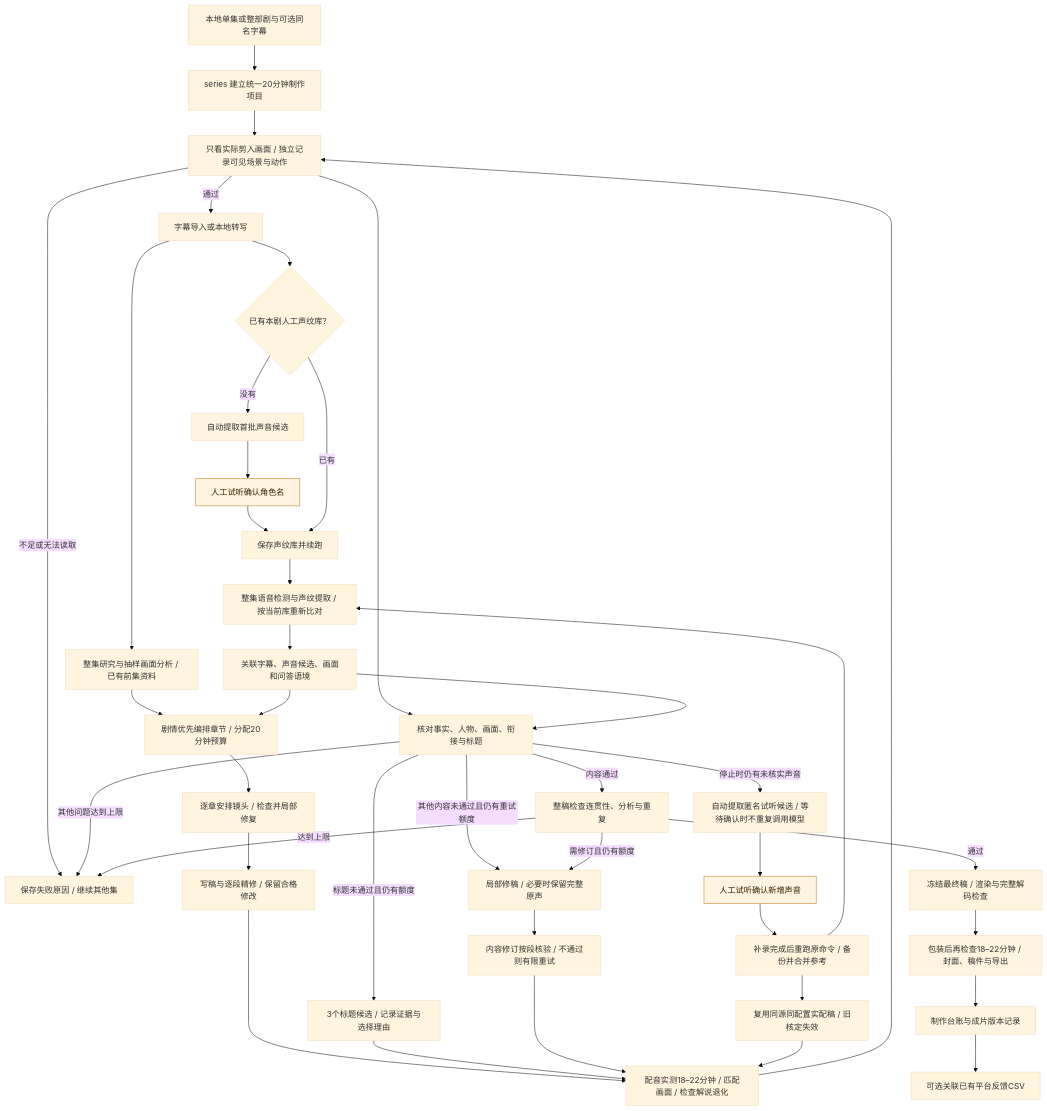
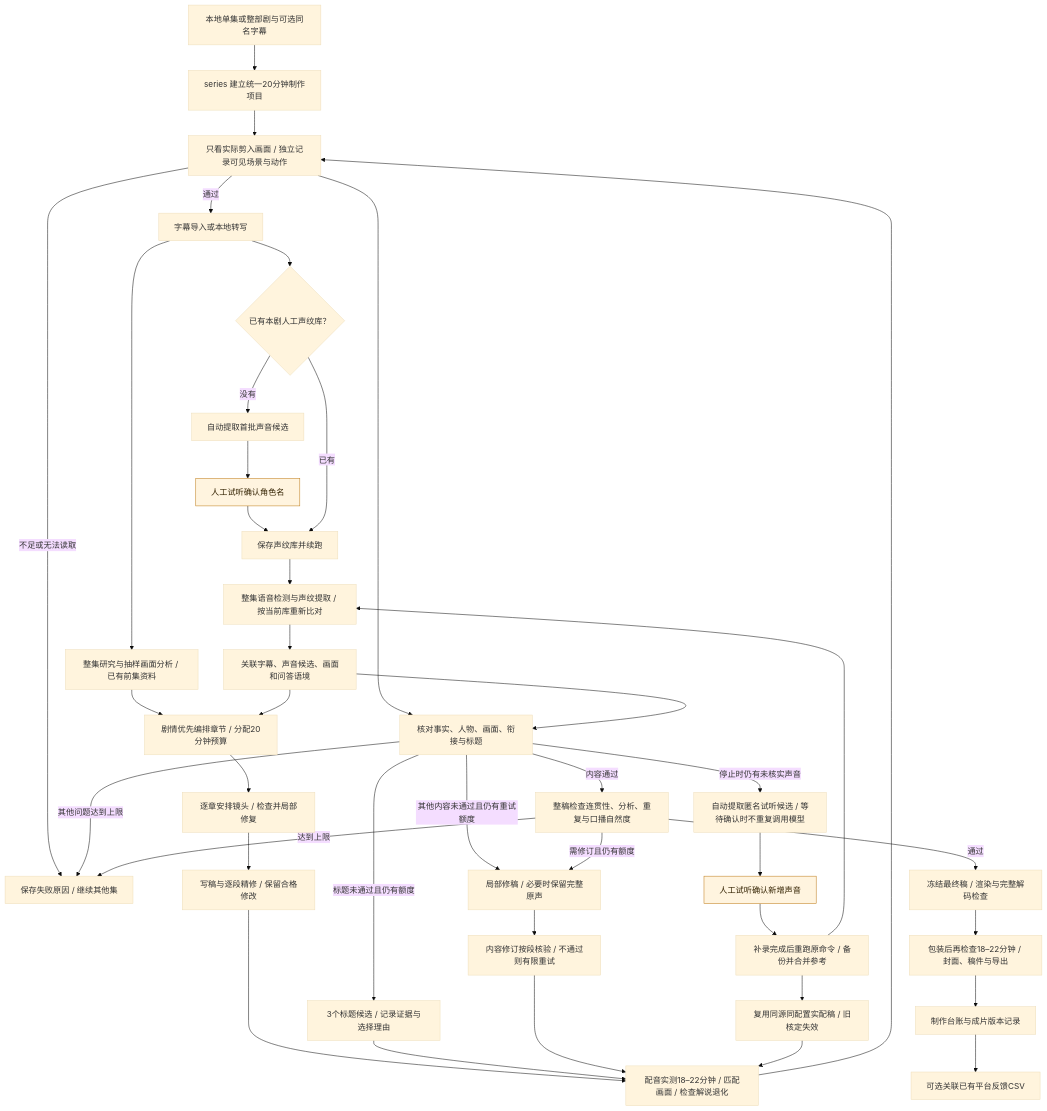
One commit to redrain-wang/autoclip1 changed the first of 2 diagrams in README.md. Above: the diagram before and after it, drawn with Mermaid (base theme). The commit also changed other lines of this file and 7 other files, not shown here.

````diff
--- a/README.md
+++ b/README.md
@@ -59,44 +61,44 @@
 ```mermaid
 flowchart TD
     A[本地单集或整部剧与可选同名字幕] --> B[series 建立统一20分钟制作项目]
     B --> V{素材至少18分钟？}
     V -->|不足或无法读取| Q[保存失败原因 / 继续其他集]
     V -->|通过| C[字幕导入或本地转写]
     C --> D{已有本剧人工声纹库？}
     D -->|没有| E[自动提取首批声音候选]
     E --> F[人工试听确认角色名]
     F --> G[保存声纹库并续跑]
     D -->|已有| G
     G --> H[整集语音检测与声纹提取 / 按当前库重新比对]
     H --> I[关联字幕、声音候选、画面和问答语境]
     C --> J[整集研究与抽样画面分析 / 已有前集资料]
     J --> K[剧情优先编排章节 / 分配20分钟预算]
     I --> K
     K --> L[逐章安排镜头 / 检查并局部修复]
     L --> M[写稿与逐段精修 / 保留合格修改]
     M --> N[配音实测18–22分钟 / 匹配画面 / 检查解说退化]
     N --> V[只看实际剪入画面 / 独立记录可见场景与动作]
     V --> O[核对事实、人物、画面、衔接与标题]
     I --> O
     O -->|标题未通过且仍有额度| TT[3个标题候选 / 记录证据与选择理由]
     TT --> N
     O -->|其他内容未通过且仍有重试额度| P[局部修稿 / 必要时保留完整原声]
     P --> U[内容修订按段核验 / 不通过则有限重试]
     U --> N
     O -->|停止时仍有未核实声音| W[自动提取匿名试听候选 / 等待确认时不重复调用模型]
     W --> Z[人工试听确认新增声音]
     Z --> X[补录完成后重跑原命令 / 备份并合并参考]
     X --> H
     X --> Y[复用同源同配置实配稿 / 旧核定失效]
     Y --> N
     O -->|其他问题达到上限| Q
-    O -->|内容通过| QD[整稿检查连贯性、分析与重复]
+    O -->|内容通过| QD[整稿检查连贯性、分析、重复与口播自然度]
     QD -->|需修订且仍有额度| P
     QD -->|达到上限| Q
     QD -->|通过| R[冻结最终稿 / 渲染与完整解码检查]
     R --> S[包装后再检查18–22分钟 / 封面、稿件与导出]
     S --> T[制作台账与成片版本记录]
     T --> FB[可选关联已有平台反馈CSV]
     classDef human fill:#fff4df,stroke:#bd7a17,color:#332200
     class F,Z human
 ```
````
